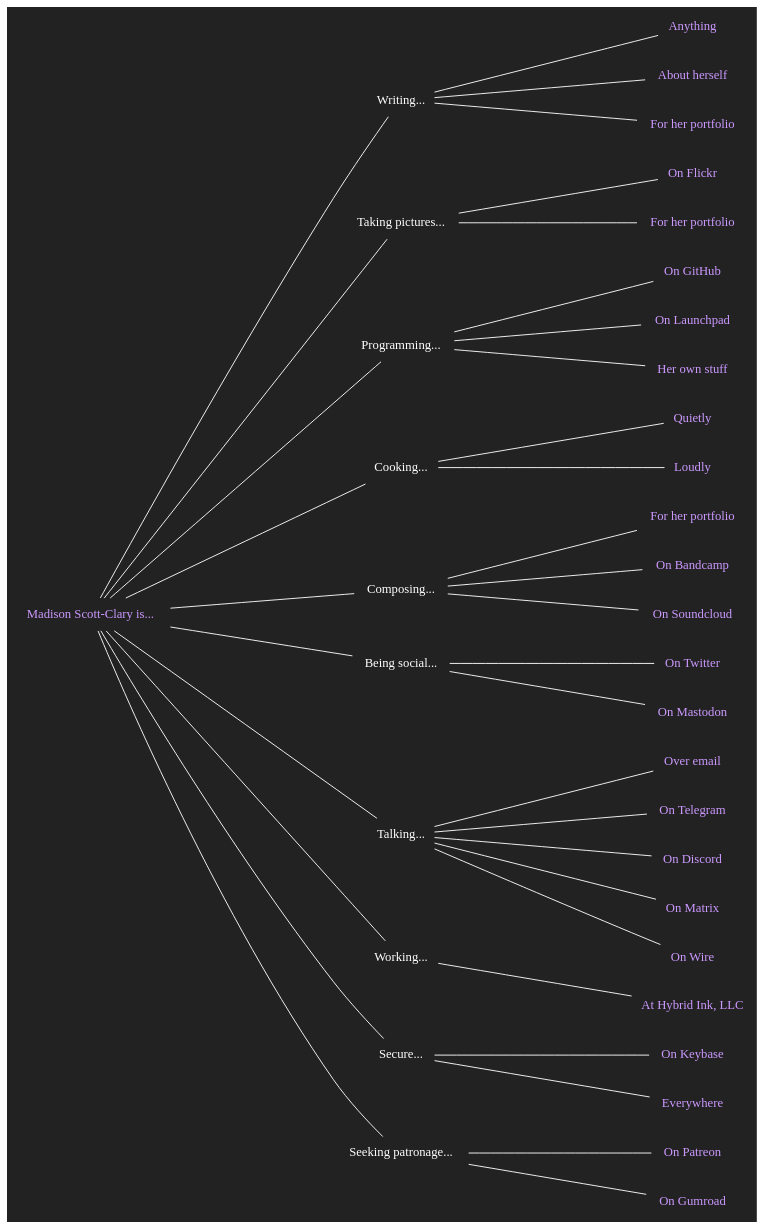
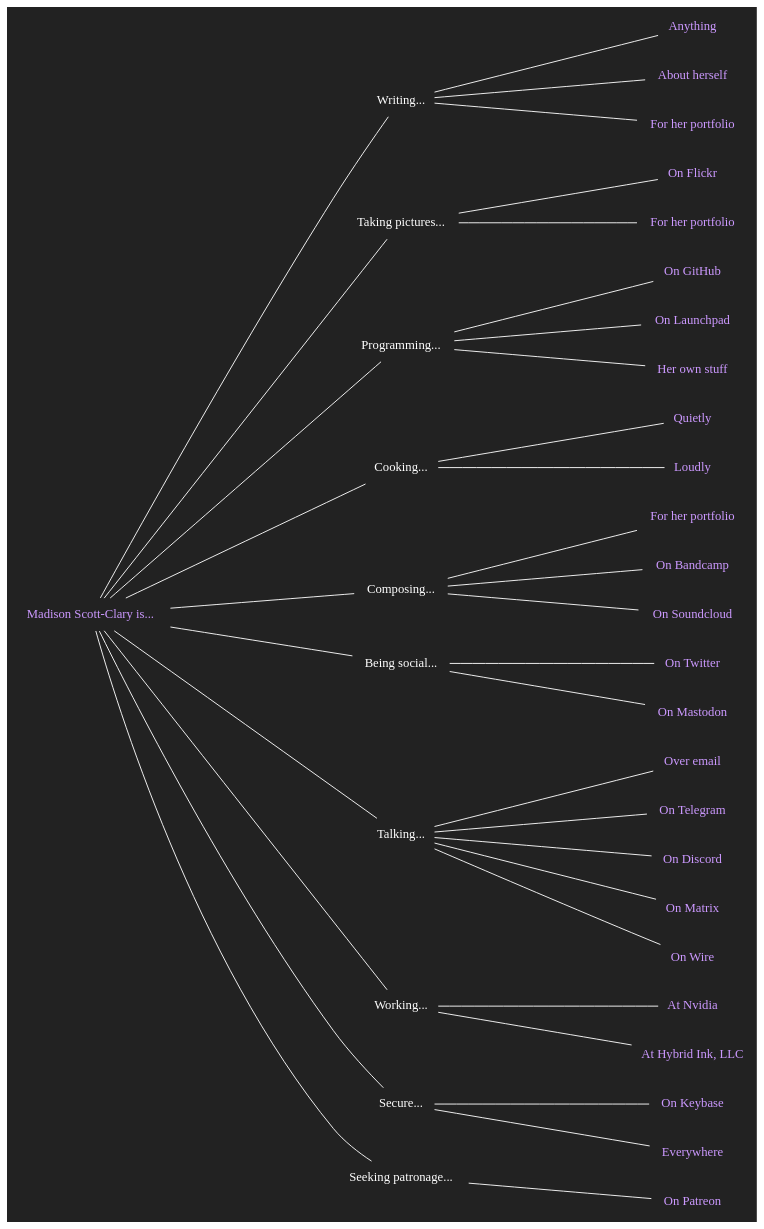
Before and after one commit to makyo/makyo.is: the diagram in is.dot, drawn with Graphviz. The commit also changed 5 other files, not shown here.

Commit message:
Update graph

```diff
--- a/is.dot
+++ b/is.dot
@@ -1,62 +1,62 @@
 graph is {
     node[shape="none",fontcolor="#ffffff",color="#ffffff",fontname="Helvetica bold"]
     edge[color="#ffffff"]
     graph[bgcolor="#222222",label="",margin="0",rankdir="LR",ranksep=2.5]
 
     copula [label="Madison Scott-Clary is...",fontcolor="#cc99ff",href="https://drab-makyo.com?pk_campaign=source&pk_kwd=makyo.is"]
 
     writing [label="Writing..."]
     writing_anything [label="Anything",fontcolor="#cc99ff",href="https://writing.drab-makyo.com?pk_campaign=source&pk_kwd=makyo.is"]
     writing_ally [label="About herself",fontcolor="#cc99ff",href="https://ally.id?pk_campaign=source&pk_kwd=makyo.is"]
     writing_portfolio [label="For her portfolio",fontcolor="#cc99ff",href="https://makyo.ink?pk_campaign=source&pk_kwd=makyo.is"]
     copula -- writing -- { writing_anything, writing_ally, writing_portfolio }
 
     photography [label="Taking pictures..."]
     photography_flickr [label="On Flickr",fontcolor="#cc99ff",href="https://flickr.com/photos/ranna"]
     photography_portfolio [label="For her portfolio",fontcolor="#cc99ff",href="https://makyo.photography"]
     copula -- photography -- { photography_flickr, photography_portfolio }
 
     programming [label="Programming..."]
     programming_github [label="On GitHub",fontcolor="#cc99ff",href="https://github.com/makyo"]
     programming_launchpad [label="On Launchpad",fontcolor="#cc99ff",href="https://launchpad.net/~makyo"]
     programming_personal [label="Her own stuff",fontcolor="#cc99ff",href="https://makyo.dev"]
     copula -- programming -- { programming_github, programming_launchpad, programming_personal }
 
     cooking [label="Cooking..."]
     cooking_quietly [label="Quietly",fontcolor="#cc99ff",href="https://makyo.cooking?pk_campaign=source&pk_kwd=makyo.is"]
     cooking_loudly [label="Loudly",fontcolor="#cc99ff",href="https://mealtime.with.maddypa.ws?pk_campaign=source&pk_kwd=makyo.is"]
     copula -- cooking -- { cooking_quietly, cooking_loudly }
 
     composing [label="Composing..."]
     composing_portfolio [label="For her portfolio",fontcolor="#cc99ff",href="https://sounds.drab-makyo.com?pk_campaign=source&pk_kwd=makyo.is"]
     composing_bandcamp [label="On Bandcamp",fontcolor="#cc99ff",href="https://drab-makyo.bandcamp.com"]
     composing_soundcloud [label="On Soundcloud",fontcolor="#cc99ff",href="https://soundcloud.com/drabmakyo"]
     copula -- composing -- { composing_portfolio, composing_bandcamp, composing_soundcloud }
 
     social [label="Being social..."]
     social_twitter [label="On Twitter",fontcolor="#cc99ff",href="https://twitter.com/drab_makyo"]
     social_mastodon [label="On Mastodon",fontcolor="#cc99ff",href="https://maddypa.ws/@makyo"]
     copula -- social -- { social_twitter, social_mastodon }
 
     talking [label="Talking..."]
     talking_email [label="Over email",fontcolor="#cc99ff",href="mailto:makyo@drab-makyo.com"]
     talking_telegram [label="On Telegram",fontcolor="#cc99ff",href="https://t.me/DrabMakyo"]
     talking_discord [label="On Discord",fontcolor="#cc99ff",href="/discord",title="Makyo#7093"]
     talking_matrix [label="On Matrix",fontcolor="#cc99ff",href="https://matrix.to/#/@makyo:drab-makyo.com"]
     talking_wire [label="On Wire",fontcolor="#cc99ff",href="/wire",title="@makyo"]
     copula -- talking -- { talking_email, talking_telegram, talking_discord, talking_matrix, talking_wire }
 
     working [label="Working..."]
+    working_nvidia [label="At Nvidia",fontcolor="#cc99ff",href="https://nvidia.com"]
     working_hybrid [label="At Hybrid Ink, LLC",fontcolor="#cc99ff",href="https://hybrid.ink?pk_campaign=source&pk_kwd=makyo.is"]
-    copula -- working -- { working_hybrid }
+    copula -- working -- { working_hybrid, working_nvidia }
 
     secure [label="Secure..."]
     secure_keybase [label="On Keybase",fontcolor="#cc99ff",href="https://keybase.io/makyo"]
     secure_everywhere [label="Everywhere",fontcolor="#cc99ff",href="https://drab-makyo.com/pgp"]
     copula -- secure -- { secure_everywhere, secure_keybase }
 
     patron [label="Seeking patronage..."]
     patron_patreon [label="On Patreon",fontcolor="#cc99ff",href="https://patreon.com/makyo"]
-    patron_gumroad [label="On Gumroad",fontcolor="#cc99ff",href="https://gum.co/makyo-patronage"]
-    copula -- patron -- { patron_patreon, patron_gumroad }
+    copula -- patron -- { patron_patreon }
 }
```
